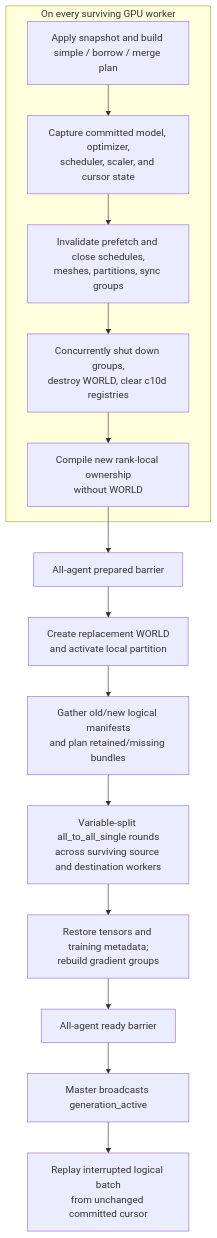
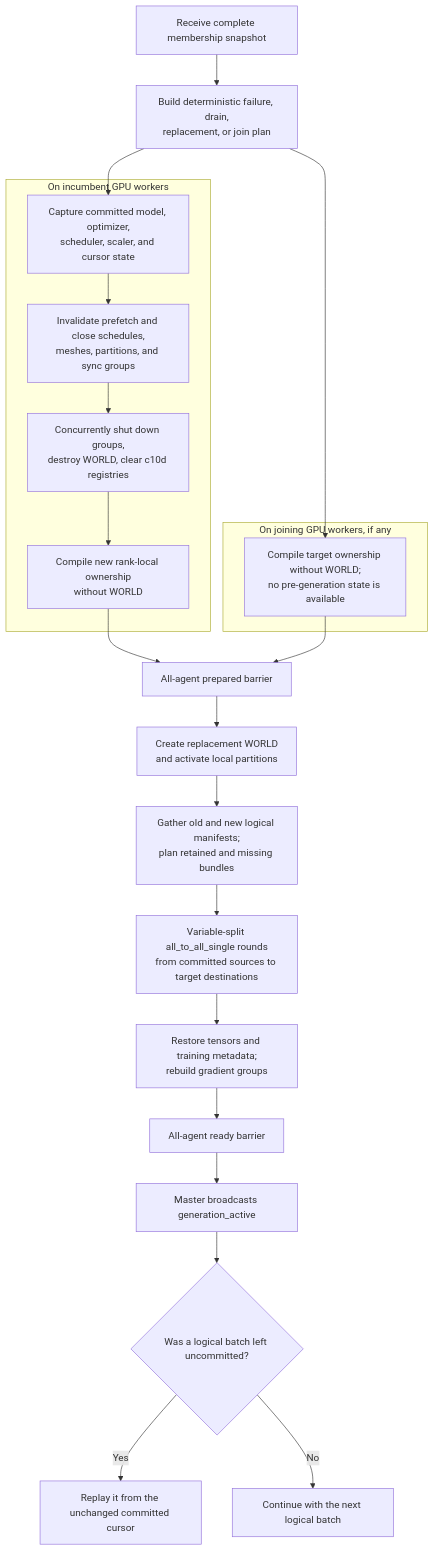
The eighth of 8 diagrams in lifecycle.md (SymbioticLab/Oobleck), drawn with Mermaid before and after one commit. The commit also changed other lines of this file, not shown here.

Commit message:
Restructure membership lifecycle guide

````diff
--- a/lifecycle.md
+++ b/lifecycle.md
@@ -427,19 +418,30 @@
 ```mermaid
 flowchart TD
-    subgraph each["On every surviving GPU worker"]
-        APPLY["Apply snapshot and build simple / borrow / merge plan"]
-        SNAP["Capture committed model, optimizer,<br/>scheduler, scaler, and cursor state"]
-        CLOSE["Invalidate prefetch and close schedules,<br/>meshes, partitions, sync groups"]
-        DESTROY["Concurrently shut down groups,<br/>destroy WORLD, clear c10d registries"]
-        COMPILE["Compile new rank-local ownership<br/>without WORLD"]
-        APPLY --> SNAP --> CLOSE --> DESTROY --> COMPILE
+    EVENT["Receive complete membership snapshot"] --> PLAN["Build deterministic failure, drain,<br/>replacement, or join plan"]
+    PLAN --> ISNAP
+    PLAN --> JCOMPILE
+
+    subgraph incumbents["On incumbent GPU workers"]
+        ISNAP["Capture committed model, optimizer,<br/>scheduler, scaler, and cursor state"]
+        ICLOSE["Invalidate prefetch and close schedules,<br/>meshes, partitions, and sync groups"]
+        IDESTROY["Concurrently shut down groups,<br/>destroy WORLD, clear c10d registries"]
+        ICOMPILE["Compile new rank-local ownership<br/>without WORLD"]
+        ISNAP --> ICLOSE --> IDESTROY --> ICOMPILE
     end
-    COMPILE --> PREP["All-agent prepared barrier"]
-    PREP --> INIT["Create replacement WORLD<br/>and activate local partition"]
-    INIT --> MANIFEST["Gather old/new logical manifests<br/>and plan retained/missing bundles"]
-    MANIFEST --> COPY["Variable-split all_to_all_single rounds<br/>across surviving source and destination workers"]
+
+    subgraph joiners["On joining GPU workers, if any"]
+        JCOMPILE["Compile target ownership without WORLD;<br/>no pre-generation state is available"]
+    end
+
+    ICOMPILE --> PREP["All-agent prepared barrier"]
+    JCOMPILE --> PREP
+    PREP --> INIT["Create replacement WORLD<br/>and activate local partitions"]
+    INIT --> MANIFEST["Gather old and new logical manifests;<br/>plan retained and missing bundles"]
+    MANIFEST --> COPY["Variable-split all_to_all_single rounds<br/>from committed sources to target destinations"]
     COPY --> RESTORE["Restore tensors and training metadata;<br/>rebuild gradient groups"]
     RESTORE --> READY["All-agent ready barrier"]
     READY --> ACTIVE["Master broadcasts generation_active"]
-    ACTIVE --> REPLAY["Replay interrupted logical batch<br/>from unchanged committed cursor"]
+    ACTIVE --> PENDING{"Was a logical batch left uncommitted?"}
+    PENDING -- "Yes" --> REPLAY["Replay it from the unchanged committed cursor"]
+    PENDING -- "No" --> NEXT["Continue with the next logical batch"]
 ```
````
